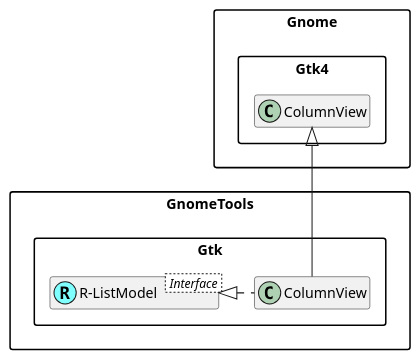
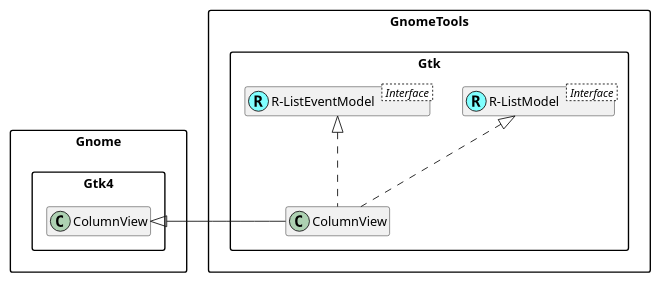
Before and after one commit to MARTIMM/GnomeTools: the fourth of 5 diagrams in lib/GnomeTools/Gtk/plantuml/ListvView.md, drawn with PlantUML. The commit also changed other lines of this file, not shown here.

````diff
--- a/lib/GnomeTools/Gtk/plantuml/ListvView.md
+++ b/lib/GnomeTools/Gtk/plantuml/ListvView.md
@@ -55,17 +61,20 @@
 ```plantuml
 @startuml
-'scale 0.8
+scale 0.9
 
 skinparam packageStyle rectangle
 skinparam stereotypeCBackgroundColor #80ffff
 set namespaceSeparator ::
-hide members
+hide empty members
 
 Interface GnomeTools::Gtk::R-ListModel < Interface >
+Interface GnomeTools::Gtk::R-ListEventModel < Interface >
+class GnomeTools::Gtk::R-ListEventModel <<(R,#80ffff)>>
 class GnomeTools::Gtk::R-ListModel <<(R,#80ffff)>>
 
-"GnomeTools::Gtk::R-ListModel" <|. "GnomeTools::Gtk::ColumnView" 
-"Gnome::Gtk4::ColumnView" <|-- "GnomeTools::Gtk::ColumnView"
+"GnomeTools::Gtk::R-ListModel" <|.. "GnomeTools::Gtk::ColumnView" 
+"GnomeTools::Gtk::R-ListEventModel" <|.. "GnomeTools::Gtk::ColumnView" 
+"Gnome::Gtk4::ColumnView" <|- "GnomeTools::Gtk::ColumnView"
 
 @enduml
 ```
````
